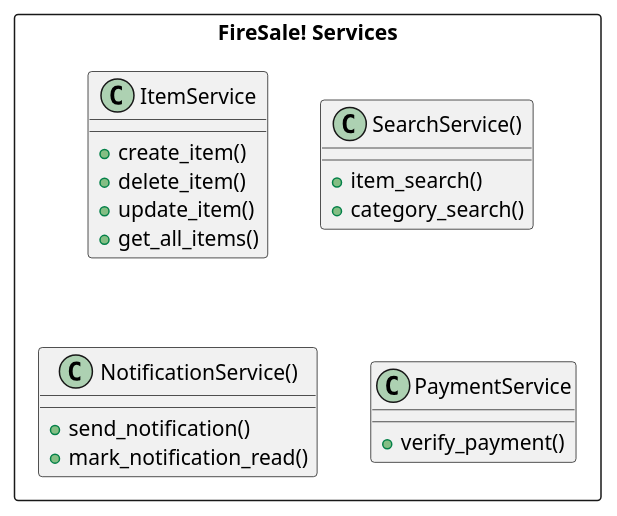
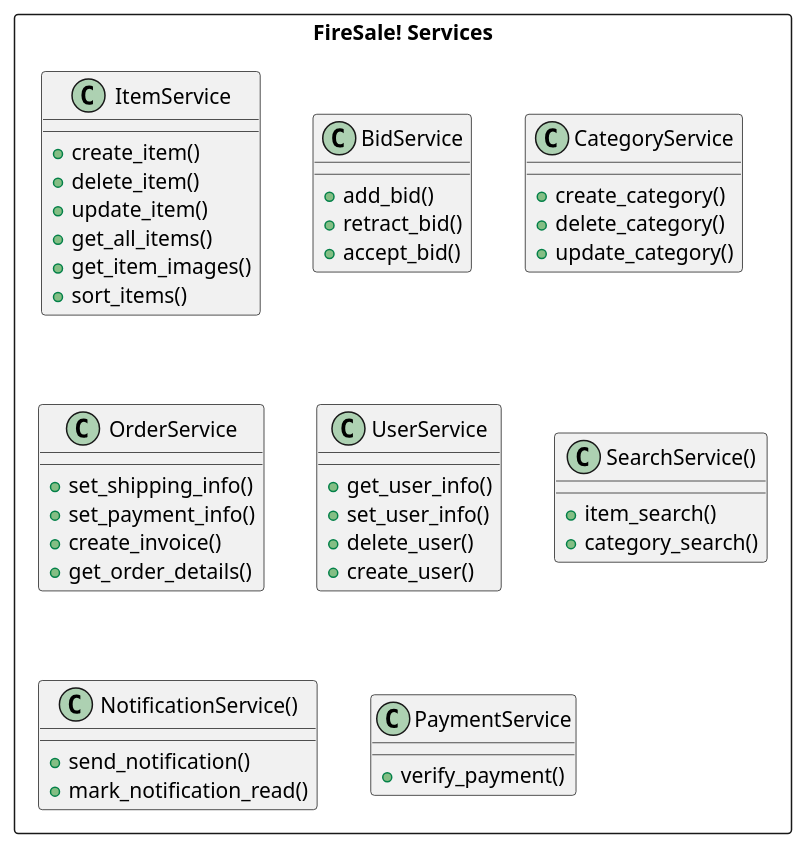
One commit to T-220-VLN2-H2/Code changed the diagram in docs/diagrams/clsServices.pu. Above: the diagram before and after it, drawn with PlantUML. The commit also changed 2 other files, not shown here.

```diff
--- a/docs/diagrams/clsServices.pu
+++ b/docs/diagrams/clsServices.pu
@@ -1,22 +1,46 @@
 @startuml FireSale
 
 rectangle "FireSale! Services" as services {
     class ItemService {
         + create_item()
         + delete_item()
         + update_item()
         + get_all_items()
+        + get_item_images()
+        + sort_items()
+    }
+    class BidService{
+        + add_bid()
+        + retract_bid()
+        + accept_bid()
+    }
+    class CategoryService {
+        + create_category()
+        + delete_category()
+        + update_category()
+    }
+    class OrderService{
+        + set_shipping_info()
+        + set_payment_info()
+        + create_invoice()
+        + get_order_details()
+    }
+    class UserService {
+        + get_user_info()
+        + set_user_info()
+        + delete_user()
+        + create_user()
     }
     class SearchService() {
         + item_search()
         + category_search()
     }
     class NotificationService() {
         + send_notification()
         + mark_notification_read()
     }
     class PaymentService {
         + verify_payment()
     }
 }
 @enduml
```
